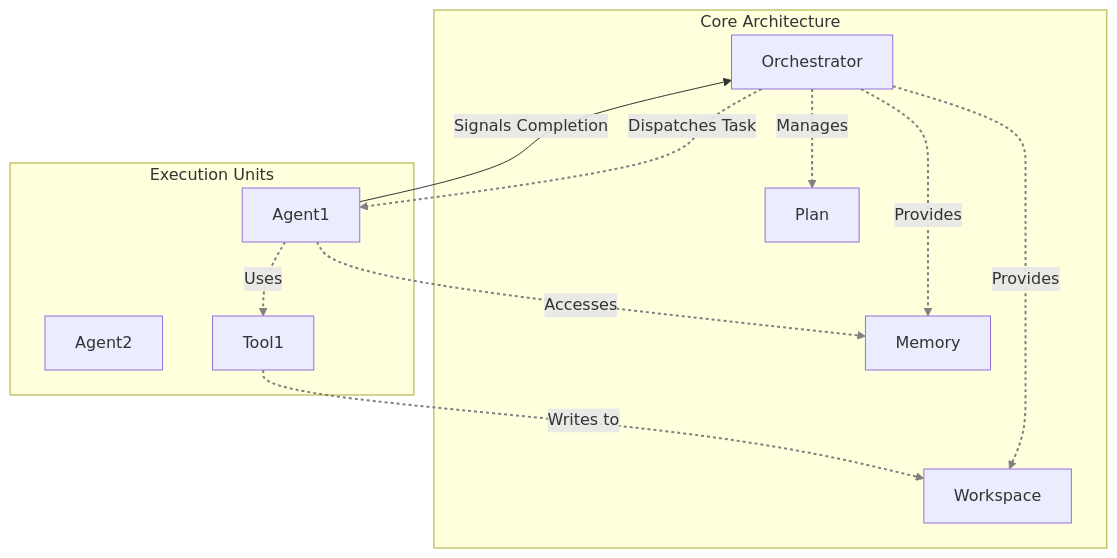
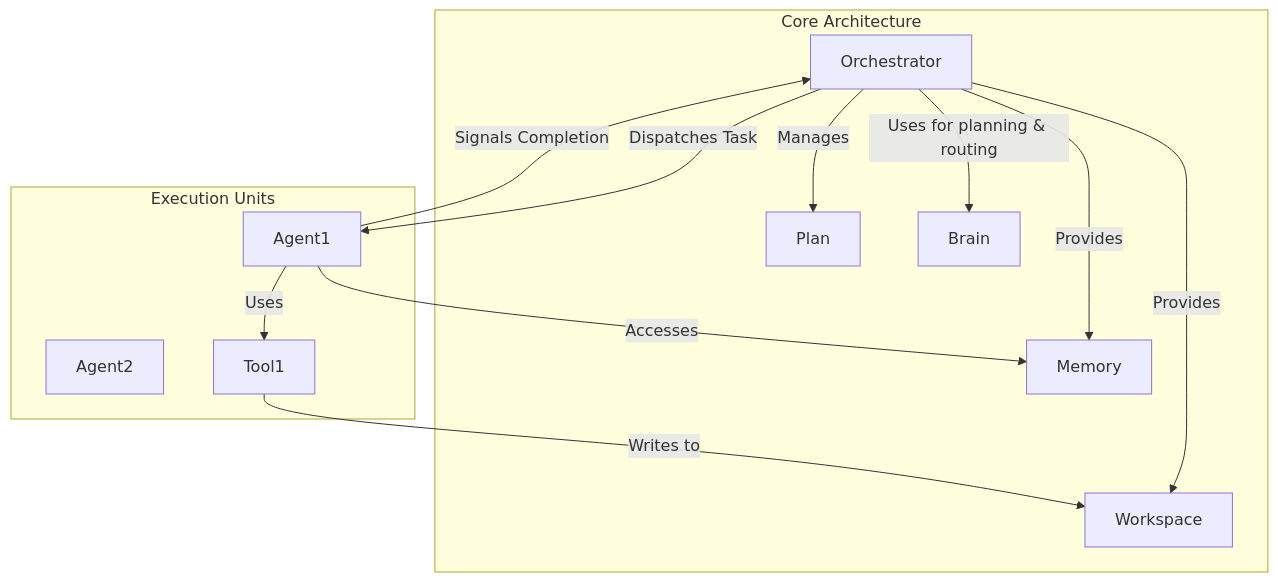
One commit to dustland/agentx changed the diagram in docs/content/docs/design/orchestration.mdx. Above: the diagram before and after it, drawn with Mermaid. The commit also changed other lines of this file and 23 other files, not shown here.

First line of the commit message:
refactor: enhance orchestration and messaging architecture

````diff
--- a/docs/content/docs/design/orchestration.mdx
+++ b/docs/content/docs/design/orchestration.mdx
@@ -20,22 +20,22 @@
 ```mermaid
 graph TD
     subgraph "Core Architecture"
         Orchestrator -- Manages --> Plan
         Orchestrator -- Provides --> Workspace
         Orchestrator -- Provides --> Memory
+        Orchestrator -- "Uses for planning & routing" --> Brain
     end
 
     subgraph "Execution Units"
         Agent1
         Agent2
         Tool1
     end
 
     Orchestrator -- "Dispatches Task" --> Agent1
     Agent1 -- "Uses" --> Tool1
     Tool1 -- "Writes to" --> Workspace
     Agent1 -- "Accesses" --> Memory
     Agent1 -- "Signals Completion" --> Orchestrator
 
-    linkStyle 0,1,2,3,4,5,6 stroke-width:2px,stroke:gray,stroke-dasharray: 3 3;
 ```
````
